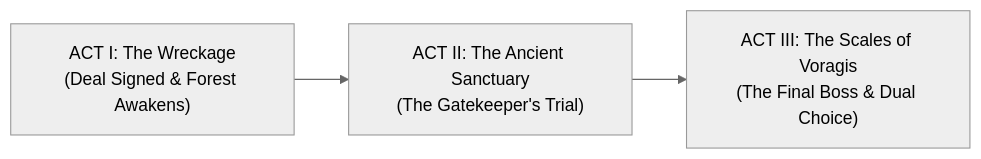
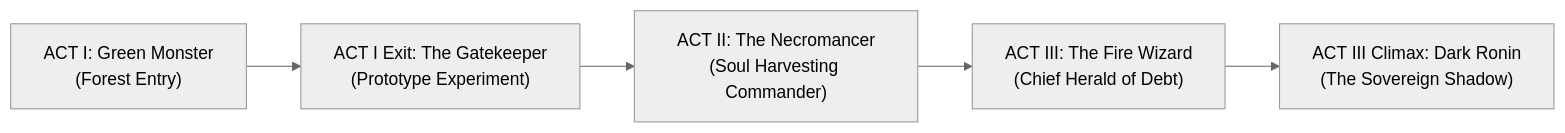
One commit to BassH331/Pixel-Runner changed the diagram in storyline/STORY_BIBLE.md. Above: the diagram before and after it, drawn with Mermaid (neutral theme). The commit also changed other lines of this file and 17 other files, not shown here.

````diff
--- a/storyline/STORY_BIBLE.md
+++ b/storyline/STORY_BIBLE.md
@@ -61,5 +74,7 @@
 ```mermaid
 graph LR
-    A["ACT I: The Wreckage<br/>(Deal Signed & Forest Awakens)"] --> B["ACT II: The Ancient Sanctuary<br/>(The Gatekeeper's Trial)"]
-    B --> C["ACT III: The Scales of Voragis<br/>(The Final Boss & Dual Choice)"]
+    A["ACT I: Green Monster<br/>(Forest Entry)"] --> B["ACT I Exit: The Gatekeeper<br/>(Prototype Experiment)"]
+    B --> C["ACT II: The Necromancer<br/>(Soul Harvesting Commander)"]
+    C --> D["ACT III: The Fire Wizard<br/>(Chief Herald of Debt)"]
+    D --> E["ACT III Climax: Dark Ronin<br/>(The Sovereign Shadow)"]
 ```
````
